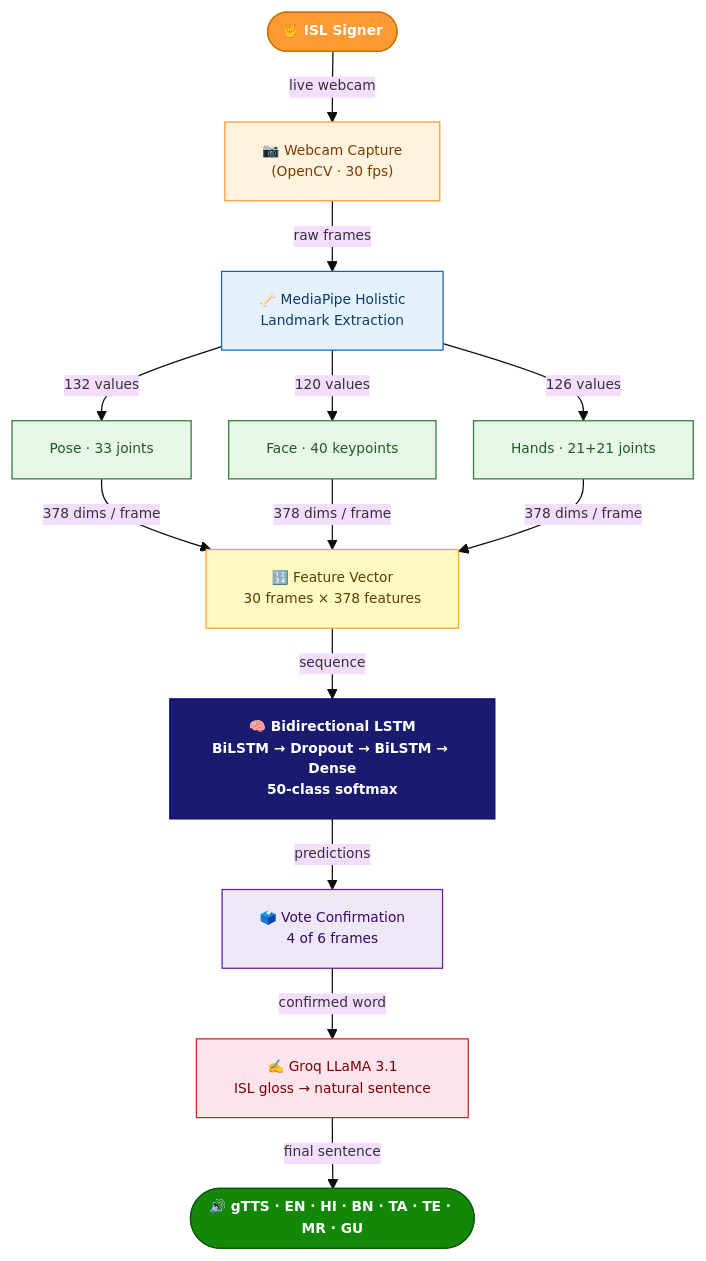
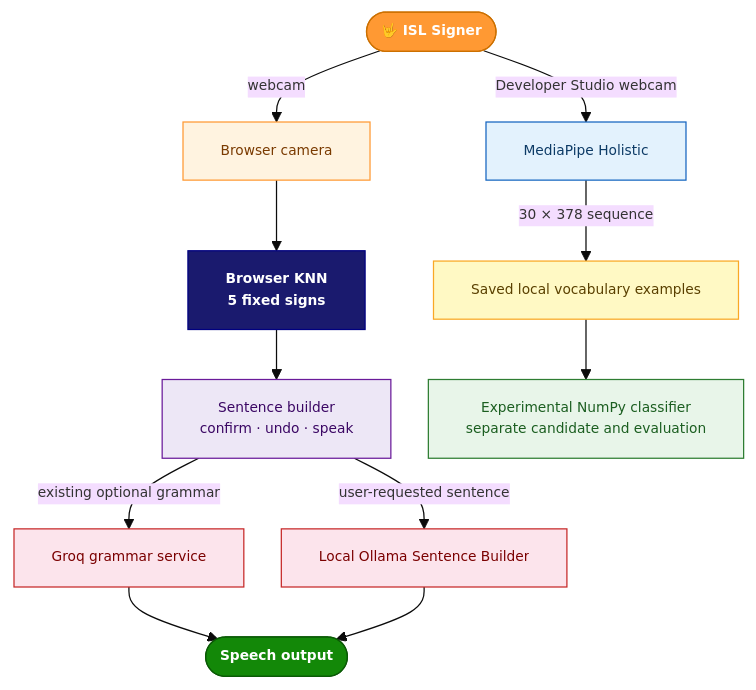
The diagram in Real-Time-Indic-Sign-Language-to-Speech-Translator/README.md (keleiiv/Sign_Language_Demo), drawn with Mermaid before and after one commit. The commit also changed other lines of this file and 45 other files, not shown here.

````diff
--- a/Real-Time-Indic-Sign-Language-to-Speech-Translator/README.md
+++ b/Real-Time-Indic-Sign-Language-to-Speech-Translator/README.md
@@ -23,24 +22,24 @@
 ```mermaid
 %%{init: {'theme': 'base', 'themeVariables': {'fontSize': '11px'}, 'flowchart': {'nodeSpacing': 30, 'rankSpacing': 40}}}%%
 graph TD
-    A(["🤟 ISL Signer"]):::signer -->|live webcam| B["📷 Webcam Capture<br/>(OpenCV · 30 fps)"]:::capture
-    B -->|raw frames| C["🦴 MediaPipe Holistic<br/>Landmark Extraction"]:::mediapipe
-    C -->|132 values| D1["Pose · 33 joints"]:::branch
-    C -->|120 values| D2["Face · 40 keypoints"]:::branch
-    C -->|126 values| D3["Hands · 21+21 joints"]:::branch
-    D1 & D2 & D3 -->|378 dims / frame| E["🔢 Feature Vector<br/>30 frames × 378 features"]:::feature
-    E -->|sequence| F["🧠 Bidirectional LSTM<br/>BiLSTM → Dropout → BiLSTM → Dense<br/>50-class softmax"]:::model
-    F -->|predictions| G["🗳️ Vote Confirmation<br/>4 of 6 frames"]:::vote
-    G -->|confirmed word| H["✍️ Groq LLaMA 3.1<br/>ISL gloss → natural sentence"]:::llm
-    H -->|final sentence| I(["🔊 gTTS · EN · HI · BN · TA · TE · MR · GU"]):::speech
+    A(["🤟 ISL Signer"]):::signer -->|webcam| B["Browser camera"]:::capture
+    B --> F["Browser KNN<br/>5 fixed signs"]:::model
+    F --> G["Sentence builder<br/>confirm · undo · speak"]:::vote
+    G -->|existing optional grammar| H["Groq grammar service"]:::llm
+    G -->|user-requested sentence| K["Local Ollama Sentence Builder"]:::llm
+    H --> I(["Speech output"]):::speech
+    K --> I
+    A -->|Developer Studio webcam| C["MediaPipe Holistic"]:::mediapipe
+    C -->|30 × 378 sequence| E["Saved local vocabulary examples"]:::feature
+    E --> J["Experimental NumPy classifier<br/>separate candidate and evaluation"]:::branch
 
     classDef signer   fill:#FF9933,stroke:#cc7000,color:#fff,font-weight:bold
     classDef capture  fill:#FFF3E0,stroke:#FF9933,color:#7a3a00
     classDef mediapipe fill:#E3F2FD,stroke:#1565C0,color:#0D3B66
     classDef branch   fill:#E8F5E9,stroke:#2E7D32,color:#1B5E20
     classDef feature  fill:#FFF9C4,stroke:#F9A825,color:#5a4000
     classDef model    fill:#1a1a6e,stroke:#000080,color:#ffffff,font-weight:bold
     classDef vote     fill:#EDE7F6,stroke:#6A1B9A,color:#3b0764
     classDef llm      fill:#FCE4EC,stroke:#C62828,color:#7b0000
     classDef speech   fill:#138808,stroke:#0a5a05,color:#ffffff,font-weight:bold
 ```
````
